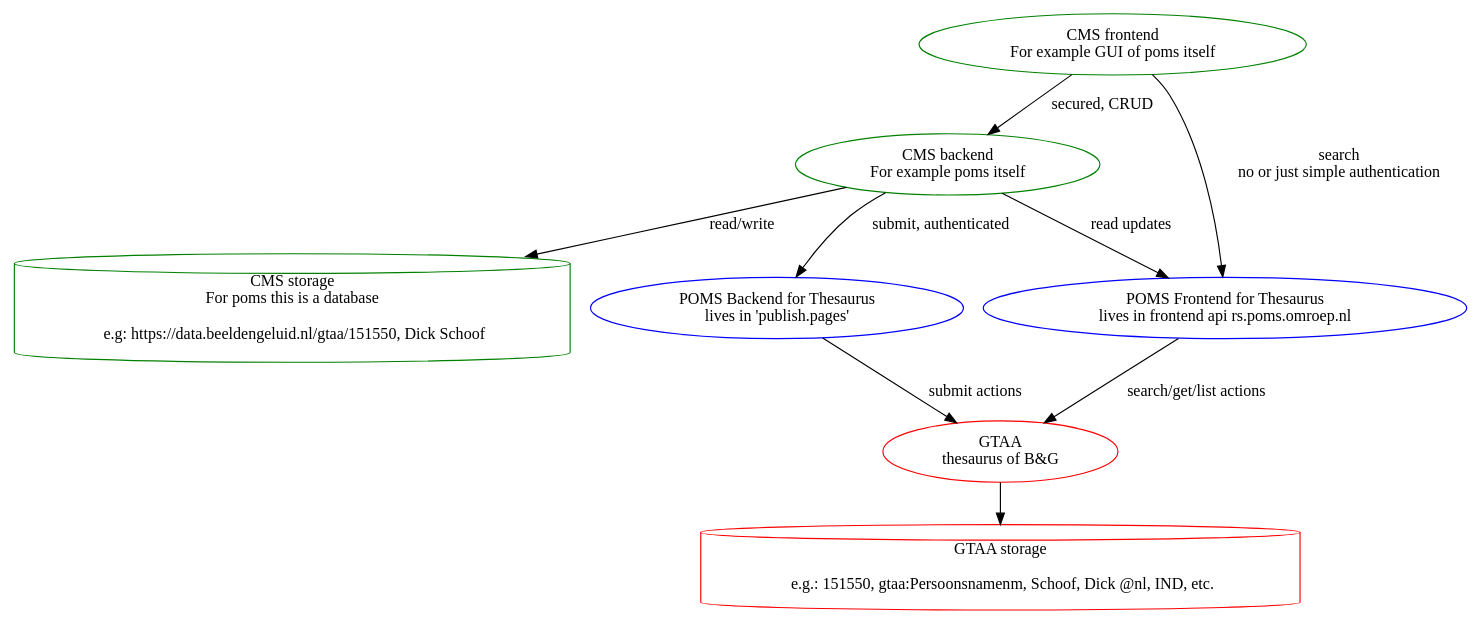
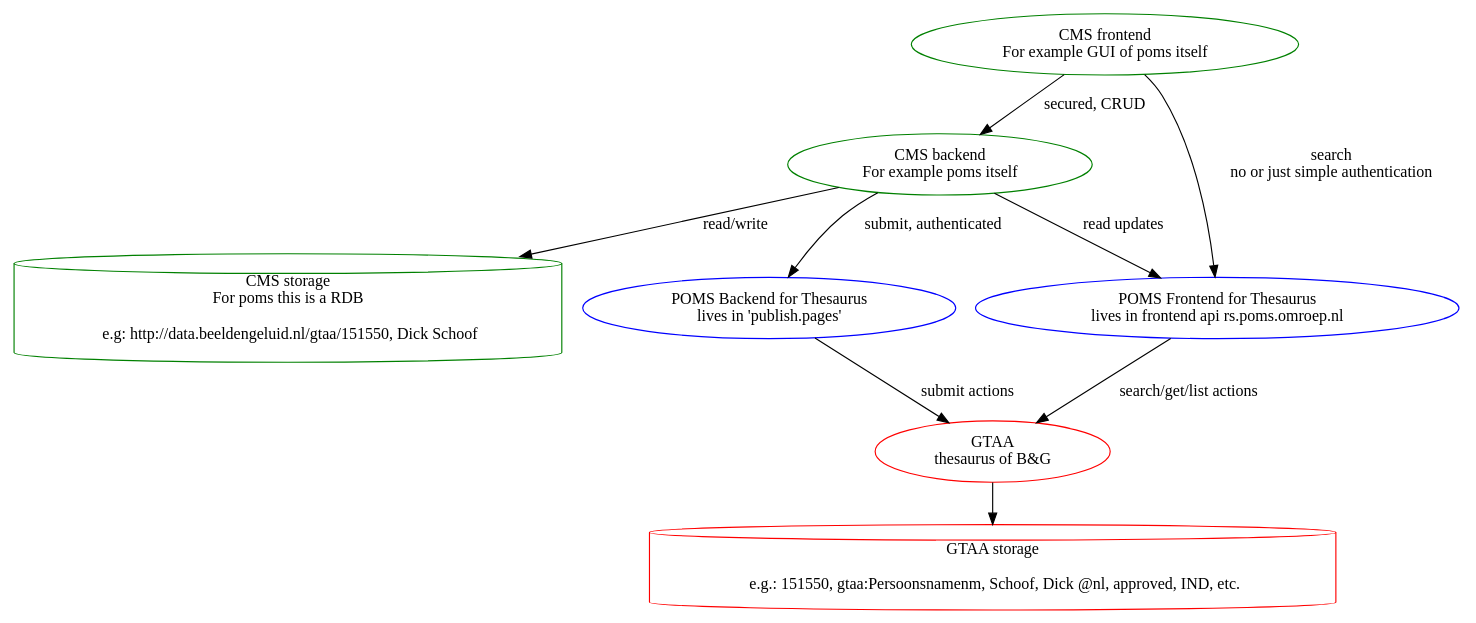
The diagram in gtaa-openskos/gtaa.dot (npo-poms/poms-shared), drawn with Graphviz before and after one commit. The commit also changed 1 other file, not shown here.

```diff
--- a/gtaa-openskos/gtaa.dot
+++ b/gtaa-openskos/gtaa.dot
@@ -1,55 +1,55 @@
 
 strict digraph {
 
   CMS_FRONTEND [
 		label="CMS frontend\nFor example GUI of poms itself",
 		color="green"
 	]
 	CMS_BACKEND  [
 	  label="CMS backend\nFor example poms itself"
 	  color="green"
 	]
   CMS_REPOS [
-	  label="CMS storage\nFor poms this is a database\n
-	  e.g: https://data.beeldengeluid.nl/gtaa/151550, Dick Schoof"
+	  label="CMS storage\nFor poms this is a RDB\n
+	  e.g: http://data.beeldengeluid.nl/gtaa/151550, Dick Schoof"
 	  color="green"
 		shape=cylinder
 	]
 
    GTAA  [
 	    label="GTAA\nthesaurus of B&G"
 			href="https://gtaa.apis.beeldengeluid.nl/"
 	    color="red"
 	 ]
 	 GTAA_REPOS [
 	  label="GTAA storage\n
-	  e.g.: 151550, gtaa:Persoonsnamenm, Schoof, Dick @nl, IND, etc."
+	  e.g.: 151550, gtaa:Persoonsnamenm, Schoof, Dick @nl, approved, IND, etc."
 	  color="red"
 		shape=cylinder
 	]
    POMS_BACKEND  [
 	    label="POMS Backend for Thesaurus\nlives in 'publish.pages'"
 			href="https://publish.pages.omroep.nl/docs/api/#/thesaurus"
 	    color="blue"
   ]
    POMS_FRONTEND  [
 	    label="POMS Frontend for Thesaurus\nlives in frontend api rs.poms.omroep.nl"
 	    href="https://rs-test.poms.omroep.nl/v1/docs/api/#/thesaurus"
 	    color="blue"
 	 ]
 
 	 CMS_FRONTEND -> CMS_BACKEND [label="secured, CRUD"]
 	 CMS_FRONTEND -> POMS_FRONTEND [label="search\nno or just simple authentication"]
 
 	 CMS_BACKEND -> POMS_BACKEND [label="submit, authenticated"]
 	 CMS_BACKEND -> POMS_FRONTEND [label="read updates"]
 	 CMS_BACKEND -> CMS_REPOS [label="read/write"]
 
    POMS_BACKEND -> GTAA [label="submit actions"]
    POMS_FRONTEND -> GTAA [label="search/get/list actions"]
 
    GTAA -> GTAA_REPOS
 
 
 
 }
```
